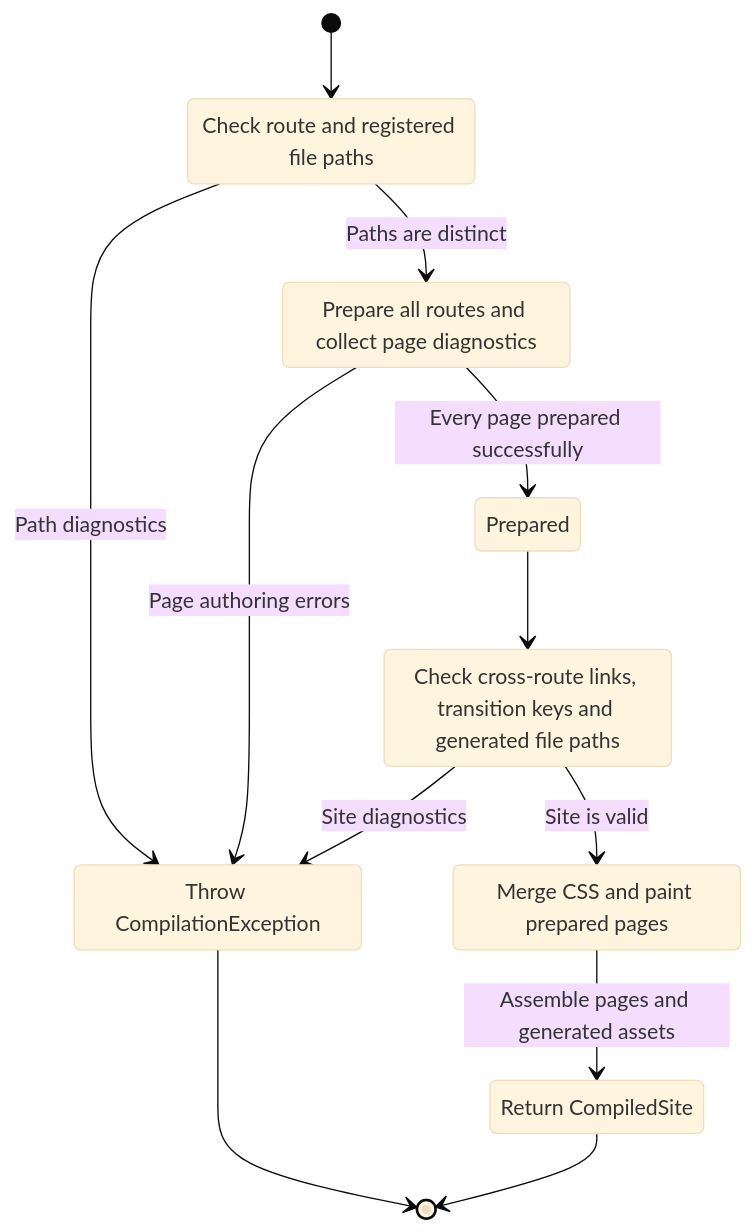
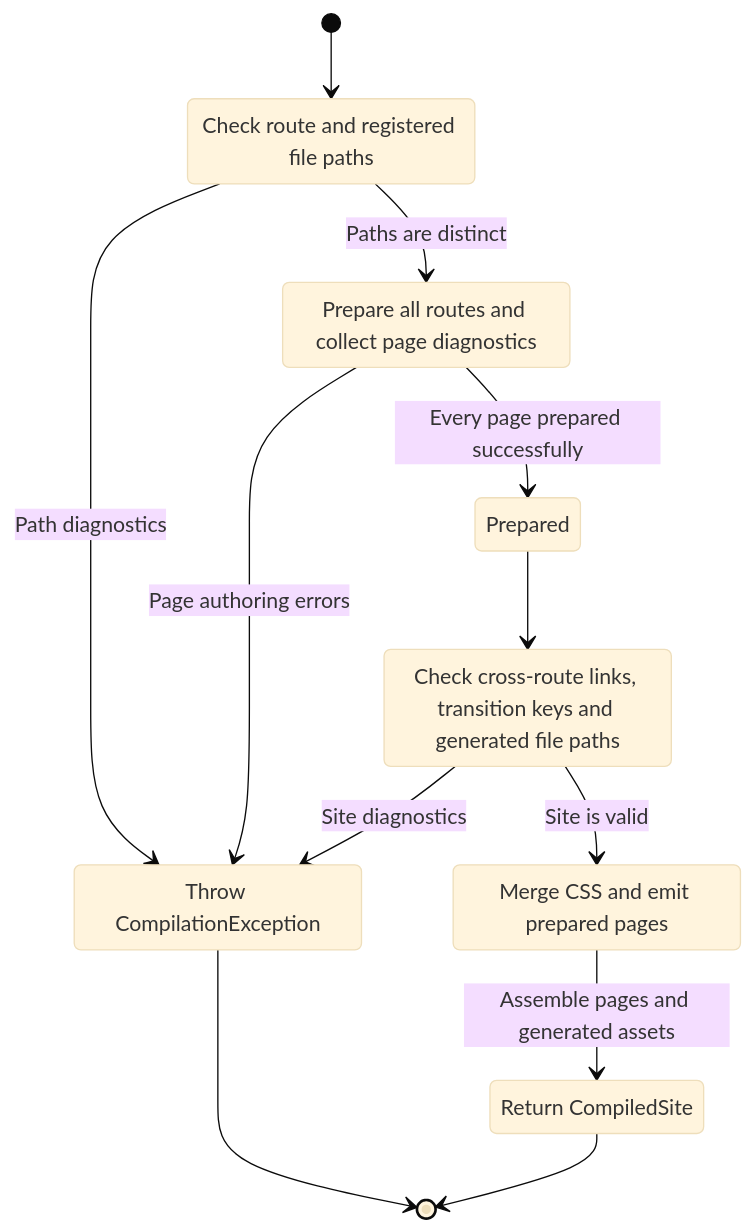
The fifth of 6 diagrams in docs/architecture.md (thiagogcm/tessera), drawn with Mermaid (base theme) before and after one commit. The commit also changed other lines of this file and 136 other files, not shown here.

````diff
--- a/docs/architecture.md
+++ b/docs/architecture.md
@@ -226,20 +226,20 @@
 ```mermaid
 stateDiagram-v2
     [*] --> CheckingPaths
     CheckingPaths: Check route and registered file paths
     CheckingPaths --> Rejected: Path diagnostics
     CheckingPaths --> Preparing: Paths are distinct
     Preparing: Prepare all routes and collect page diagnostics
     Preparing --> Rejected: Page authoring errors
     Preparing --> Prepared: Every page prepared successfully
     Prepared --> ValidatingSite
     ValidatingSite: Check cross-route links, transition keys and generated file paths
     ValidatingSite --> Rejected: Site diagnostics
-    ValidatingSite --> Painting: Site is valid
-    Painting: Merge CSS and paint prepared pages
-    Painting --> Compiled: Assemble pages and generated assets
+    ValidatingSite --> Emitting: Site is valid
+    Emitting: Merge CSS and emit prepared pages
+    Emitting --> Compiled: Assemble pages and generated assets
     Rejected: Throw CompilationException
     Rejected --> [*]
     Compiled: Return CompiledSite
     Compiled --> [*]
 ```
````
